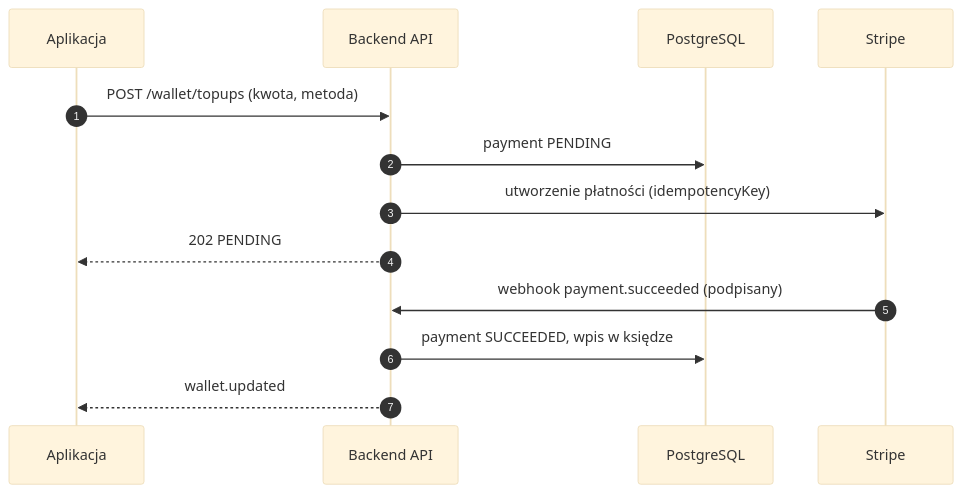
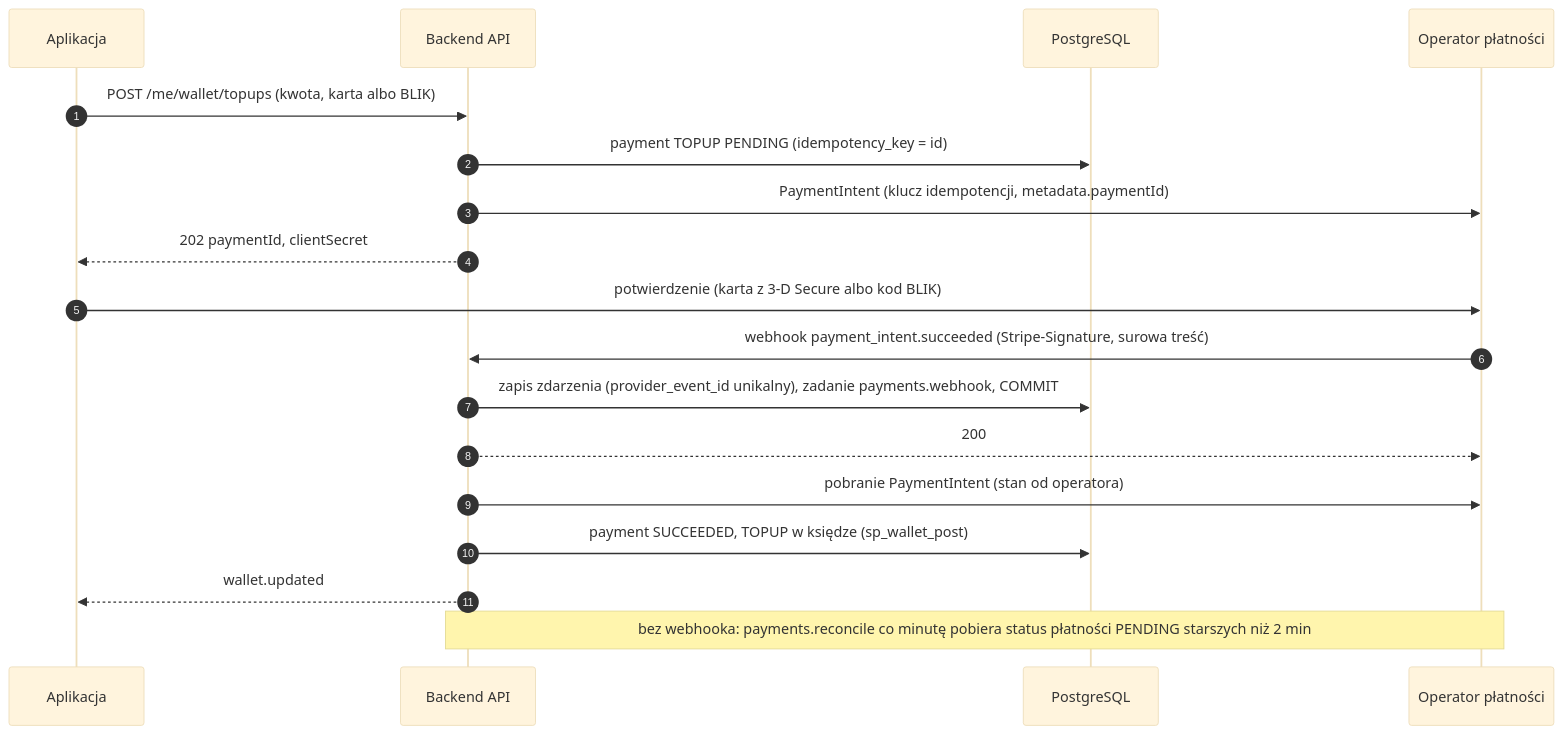
The fifth of 9 diagrams in docs/arc42/06-widok-czasu-dzialania.md (FifiLen/engineering-project), drawn with Mermaid (base theme) before and after one commit. The commit also changed other lines of this file and 8 other files, not shown here.

````diff
--- a/docs/arc42/06-widok-czasu-dzialania.md
+++ b/docs/arc42/06-widok-czasu-dzialania.md
@@ -133,15 +155,20 @@
 ```mermaid
 sequenceDiagram
     autonumber
     participant A as Aplikacja
     participant API as Backend API
     participant DB as PostgreSQL
-    participant S as Stripe
-    A->>API: POST /wallet/topups (kwota, metoda)
-    API->>DB: payment PENDING
-    API->>S: utworzenie płatności (idempotencyKey)
-    API-->>A: 202 PENDING
-    S->>API: webhook payment.succeeded (podpisany)
-    API->>DB: payment SUCCEEDED, wpis w księdze
+    participant S as Operator płatności
+    A->>API: POST /me/wallet/topups (kwota, karta albo BLIK)
+    API->>DB: payment TOPUP PENDING (idempotency_key = id)
+    API->>S: PaymentIntent (klucz idempotencji, metadata.paymentId)
+    API-->>A: 202 paymentId, clientSecret
+    A->>S: potwierdzenie (karta z 3-D Secure albo kod BLIK)
+    S->>API: webhook payment_intent.succeeded (Stripe-Signature, surowa treść)
+    API->>DB: zapis zdarzenia (provider_event_id unikalny), zadanie payments.webhook, COMMIT
+    API-->>S: 200
+    API->>S: pobranie PaymentIntent (stan od operatora)
+    API->>DB: payment SUCCEEDED, TOPUP w księdze (sp_wallet_post)
     API-->>A: wallet.updated
+    Note over API,S: bez webhooka: payments.reconcile co minutę pobiera status płatności PENDING starszych niż 2 min
 ```
````
